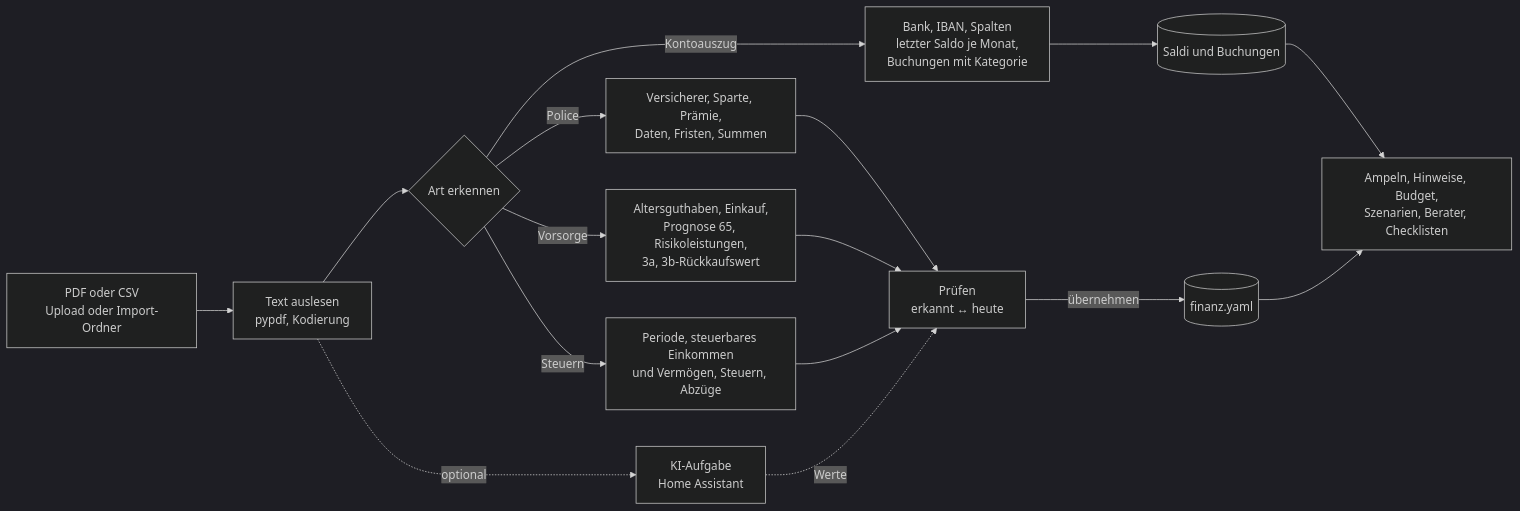
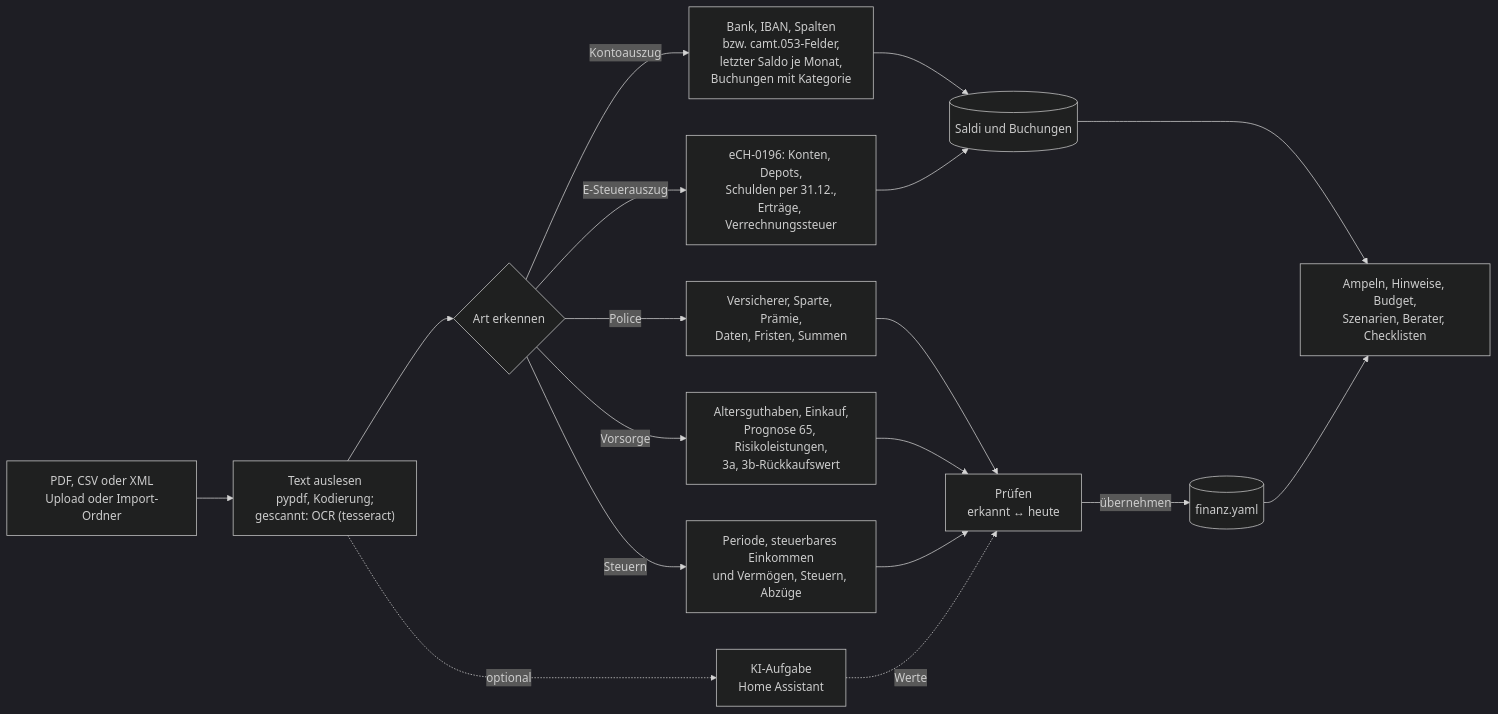
One commit to khu1985/finanz-ha changed the diagram in docs/dokumente.mmd. Above: the diagram before and after it, drawn with Mermaid (dark theme). The commit also changed 9 other files, not shown here.

```diff
--- a/docs/dokumente.mmd
+++ b/docs/dokumente.mmd
@@ -1,12 +1,14 @@
 flowchart LR
-    U["PDF oder CSV<br/>Upload oder Import-Ordner"] --> T["Text auslesen<br/>pypdf, Kodierung"]
+    U["PDF, CSV oder XML<br/>Upload oder Import-Ordner"] --> T["Text auslesen<br/>pypdf, Kodierung;<br/>gescannt: OCR (tesseract)"]
     T --> E{"Art erkennen"}
-    E -- Kontoauszug --> B["Bank, IBAN, Spalten<br/>letzter Saldo je Monat,<br/>Buchungen mit Kategorie"]
+    E -- Kontoauszug --> B["Bank, IBAN, Spalten<br/>bzw. camt.053-Felder,<br/>letzter Saldo je Monat,<br/>Buchungen mit Kategorie"]
+    E -- E-Steuerauszug --> ES["eCH-0196: Konten, Depots,<br/>Schulden per 31.12.,<br/>Erträge, Verrechnungssteuer"]
+    ES --> DB
     E -- Police --> V["Versicherer, Sparte, Prämie,<br/>Daten, Fristen, Summen"]
     E -- Vorsorge --> VO["Altersguthaben, Einkauf,<br/>Prognose 65, Risikoleistungen,<br/>3a, 3b-Rückkaufswert"]
     E -- Steuern --> S["Periode, steuerbares Einkommen<br/>und Vermögen, Steuern, Abzüge"]
     T -. optional .-> KI["KI-Aufgabe<br/>Home Assistant"] -. Werte .-> P
     B --> DB[("Saldi und Buchungen")]
     V & VO & S --> P["Prüfen<br/>erkannt ↔ heute"]
     P -- übernehmen --> K[("finanz.yaml")]
     DB & K --> A["Ampeln, Hinweise, Budget,<br/>Szenarien, Berater, Checklisten"]
```
